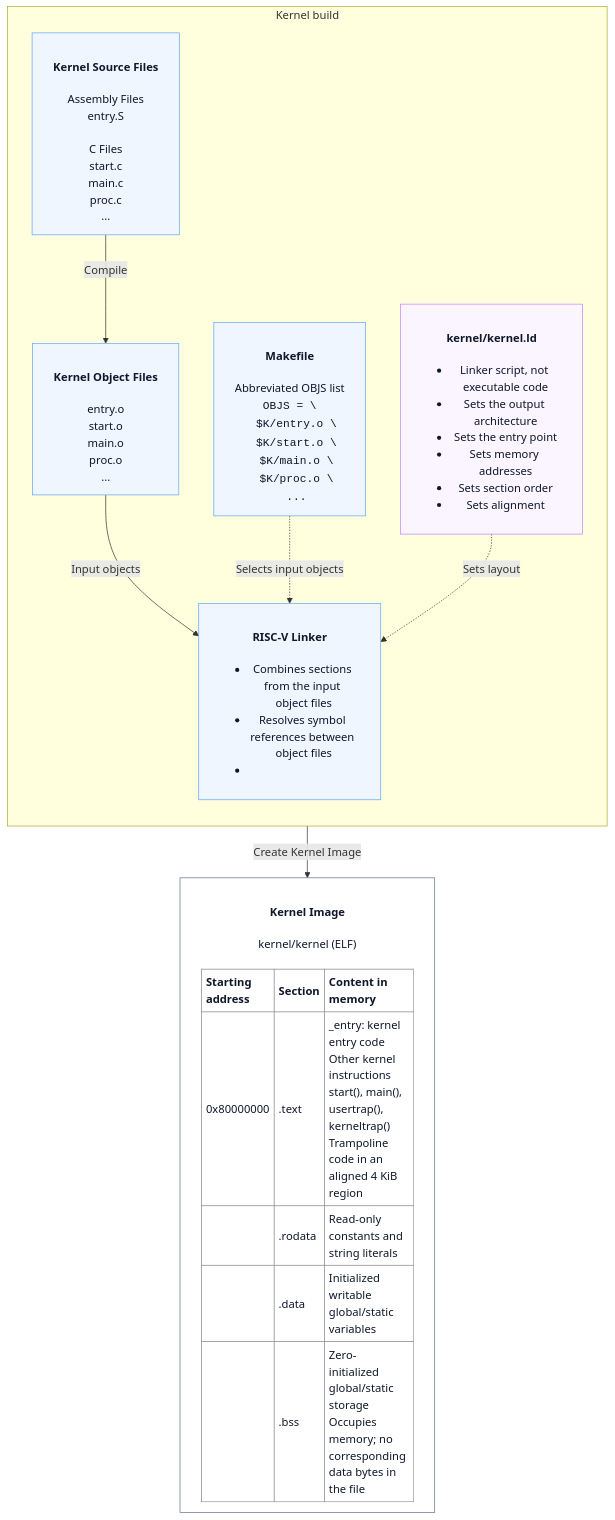
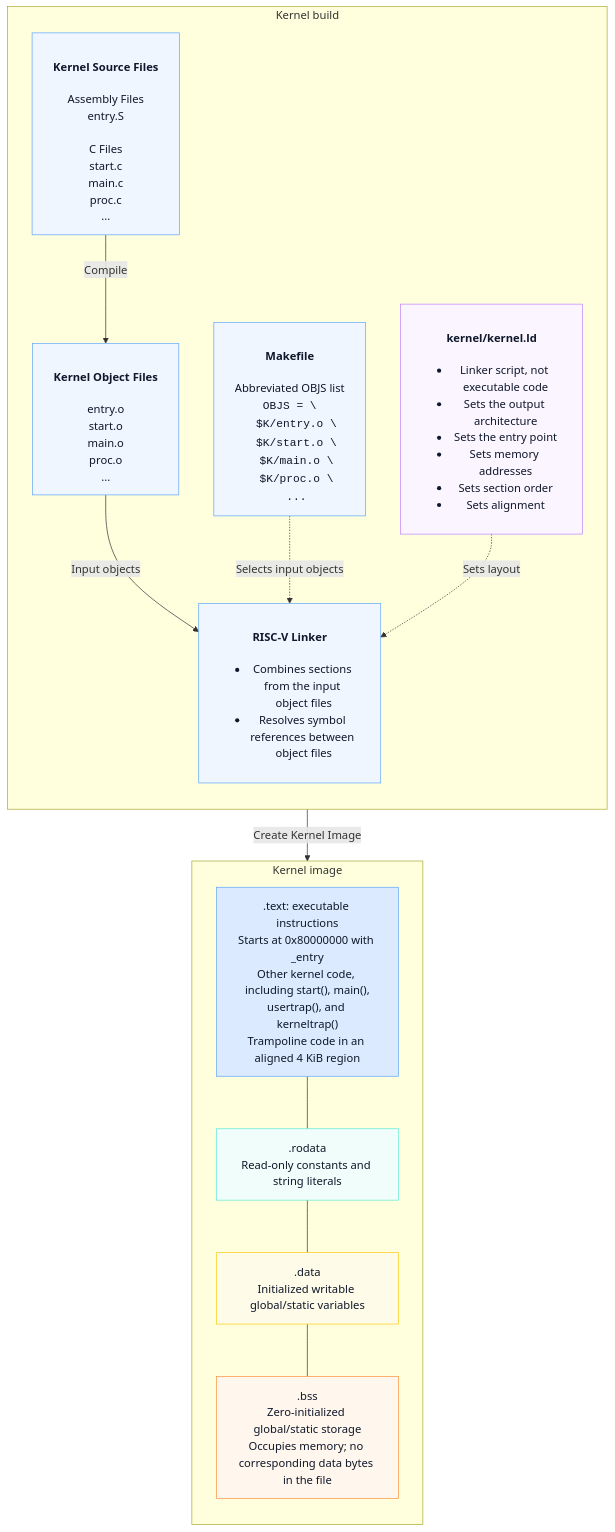
Before and after one commit to jossean-rivera/CSEN283: the first of 2 diagrams in Homework 2.md, drawn with Mermaid. The commit also changed other lines of this file and 1 other file, not shown here.

Commit message:
Add Homework 2 & 4: Scheduling Answers and Study Guide

````diff
--- a/Homework 2.md
+++ b/Homework 2.md
@@ -7,28 +7,44 @@
 ```mermaid
 flowchart TB
     subgraph BUILD["Kernel build"]
         direction TB
         SRC["<strong><h4>Kernel Source Files</h4></strong>Assembly Files<br/>entry.S<br/><br/>C Files<br/>start.c<br/>main.c<br/>proc.c<br/>..."]
         O["<strong><h4>Kernel Object Files</h4></strong>entry.o<br/>start.o<br/>main.o<br/>proc.o<br/>..."]
         OBJS["<strong><h4>Makefile</h4></strong>Abbreviated OBJS list<br/><code>OBJS = #92;<br/>#160;#160;$K/entry.o #92;<br/>#160;#160;$K/start.o #92;<br/>#160;#160;$K/main.o #92;<br/>#160;#160;$K/proc.o #92;<br/>#160;#160;...</code>"]
         SCRIPT["<strong><h4>kernel/kernel.ld</h4></strong><ul><li>Linker script, not executable code</li><li>Sets the output architecture</li><li>Sets the entry point</li><li>Sets memory addresses</li><li>Sets section order</li><li>Sets alignment</li></ul>"]
-        LINK["<strong><h4>RISC-V Linker</h4></strong><ul><li>Combines sections from the input object files</li><li>Resolves symbol references between object files</li><li></li></ul>"]
+        LINK["<strong><h4>RISC-V Linker</h4></strong><ul><li>Combines sections from the input object files</li><li>Resolves symbol references between object files</li></ul>"]
 
         SRC -->|Compile| O
         O -->|Input objects| LINK
         OBJS -.->|Selects input objects| LINK
         SCRIPT -.->|Sets layout| LINK
     end
 
-    IMAGE["<strong><h4>Kernel Image</h4></strong>kernel/kernel (ELF)<br/><br/><table border='1' cellspacing='0' cellpadding='6' style='border-collapse:collapse;text-align:left'><tr><th>Starting address</th><th>Section</th><th>Content in memory</th></tr><tr><td>0x80000000</td><td>.text</td><td>_entry: kernel entry code<br/>Other kernel instructions<br/>start(), main(), usertrap(), kerneltrap()<br/>Trampoline code in an aligned 4 KiB region</td></tr><tr><td></td><td>.rodata</td><td>Read-only constants and string literals</td></tr><tr><td></td><td>.data</td><td>Initialized writable global/static variables</td></tr><tr><td></td><td>.bss</td><td>Zero-initialized global/static storage<br/>Occupies memory; no corresponding data bytes in the file</td></tr></table>"]
+    subgraph IMAGE["Kernel image"]
+        direction TB
+        TEXT[".text: executable instructions<br/>Starts at 0x80000000 with _entry<br/>Other kernel code, including start(), main(),<br/>usertrap(), and kerneltrap()<br/>Trampoline code in an aligned 4 KiB region"]
+        RODATA[".rodata<br/>Read-only constants and string literals"]
+        DATA[".data<br/>Initialized writable global/static variables"]
+        BSS[".bss<br/>Zero-initialized global/static storage<br/>Occupies memory; no corresponding data bytes in the file"]
+
+        TEXT --- RODATA
+        RODATA --- DATA
+        DATA --- BSS
+    end
 
     LINK -->|Create Kernel Image| IMAGE
 
     classDef kernel fill:#eff6ff,stroke:#60a5fa,color:#0f172a;
     classDef script fill:#faf5ff,stroke:#c084fc,color:#0f172a;
-    classDef image fill:#ffffff,stroke:#64748b,color:#0f172a;
+    classDef text fill:#dbeafe,stroke:#60a5fa,color:#0f172a;
+    classDef rodata fill:#f0fdfa,stroke:#5eead4,color:#0f172a;
+    classDef data fill:#fefce8,stroke:#facc15,color:#0f172a;
+    classDef bss fill:#fff7ed,stroke:#fb923c,color:#0f172a;
 
     class SRC,O,OBJS,LINK kernel;
     class SCRIPT script;
-    class IMAGE image;
+    class TEXT text;
+    class RODATA rodata;
+    class DATA data;
+    class BSS bss;
 ```
````
